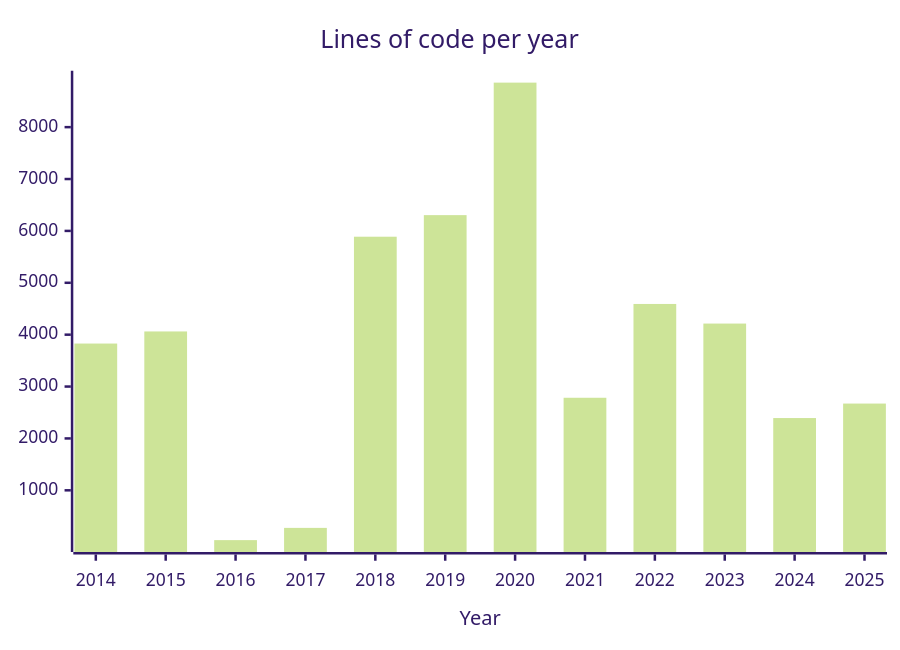
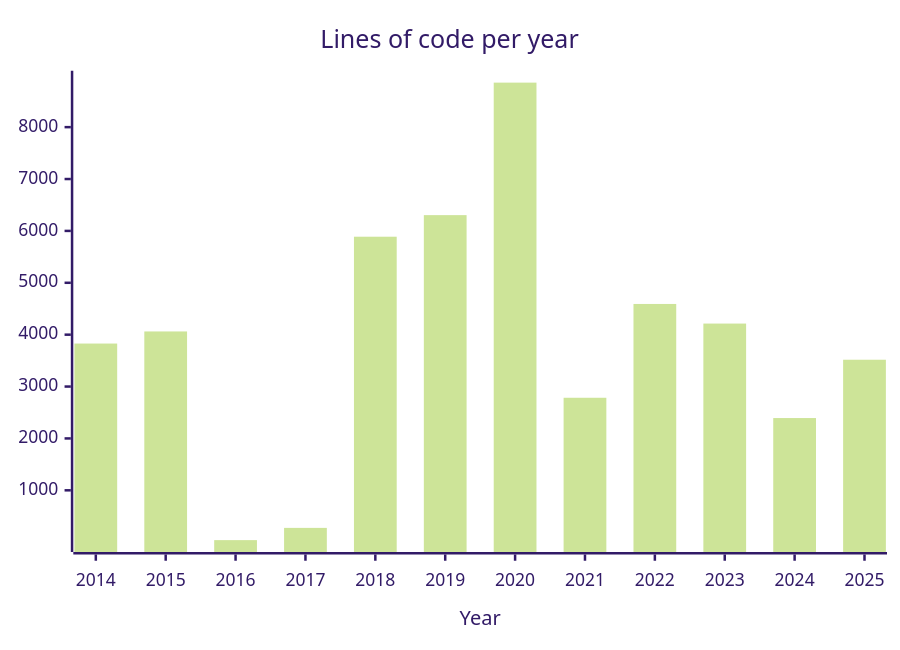
Before and after one commit to engdan77/engdan77: the diagram in README.md, drawn with Mermaid (forest theme). The commit also changed other lines of this file, not shown here.

````diff
--- a/README.md
+++ b/README.md
@@ -40,6 +40,6 @@
 ```mermaid
 xychart-beta
       title "Lines of code per year"
       x-axis "Year" [2014, 2015, 2016, 2017, 2018, 2019, 2020, 2021, 2022, 2023, 2024, 2025]
-      bar "engdan77" [3829, 4062, 40, 276, 5888, 6304, 8858, 2784, 4592, 4214, 2393, 2672]
+      bar "engdan77" [3829, 4062, 40, 276, 5888, 6304, 8858, 2784, 4592, 4214, 2393, 3517]
 ```
````
